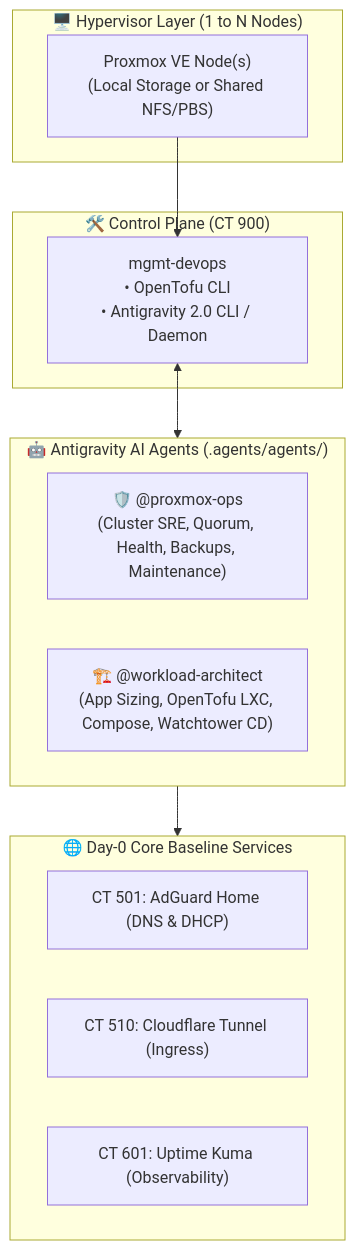
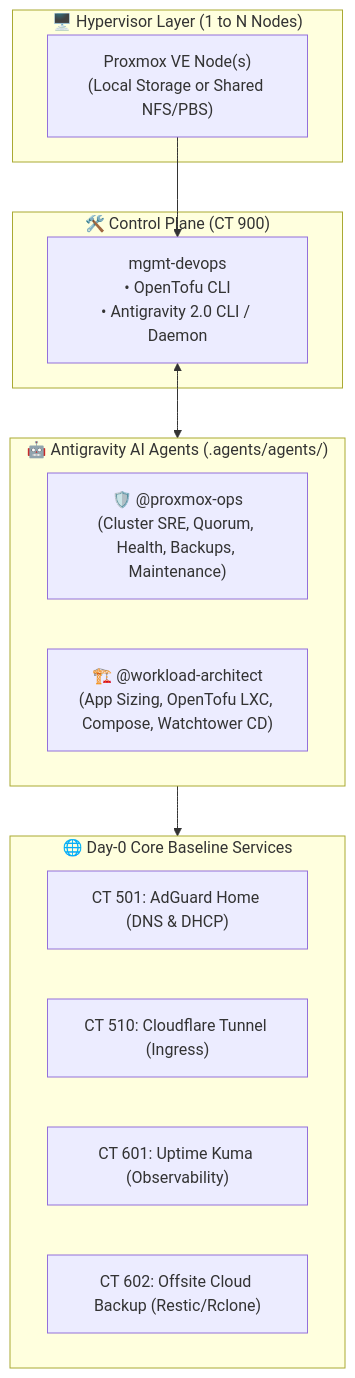
One commit to lambertaurelle/agentic-homelab-iac changed the first of 2 diagrams in README.md. Above: the diagram before and after it, drawn with Mermaid. The commit also changed other lines of this file and 21 other files, not shown here.

Commit message:
feat(backup): add CT 602 offsite cloud backup as core baseline service and enable subagent write tools (#2)

````diff
--- a/README.md
+++ b/README.md
@@ -25,25 +26,26 @@
 ```mermaid
 flowchart TD
     subgraph HostPlane["🖥️ Hypervisor Layer (1 to N Nodes)"]
         PVE["Proxmox VE Node(s)<br/>(Local Storage or Shared NFS/PBS)"]
     end
 
     subgraph ControlPlane["🛠️ Control Plane (CT 900)"]
         Mgmt["mgmt-devops<br/>• OpenTofu CLI<br/>• Antigravity 2.0 CLI / Daemon"]
     end
 
     subgraph AIPlatform["🤖 Antigravity AI Agents (.agents/agents/)"]
         OpsAgent["🛡️ @proxmox-ops<br/>(Cluster SRE, Quorum, Health, Backups, Maintenance)"]
         ArchAgent["🏗️ @workload-architect<br/>(App Sizing, OpenTofu LXC, Compose, Watchtower CD)"]
     end
 
     subgraph BaselineCore["🌐 Day-0 Core Baseline Services"]
         DNS["CT 501: AdGuard Home (DNS & DHCP)"]
         Ingress["CT 510: Cloudflare Tunnel (Ingress)"]
         Kuma["CT 601: Uptime Kuma (Observability)"]
+        Backup["CT 602: Offsite Cloud Backup (Restic/Rclone)"]
     end
 
     PVE --> Mgmt
     Mgmt <--> AIPlatform
     AIPlatform --> BaselineCore
 ```
````
